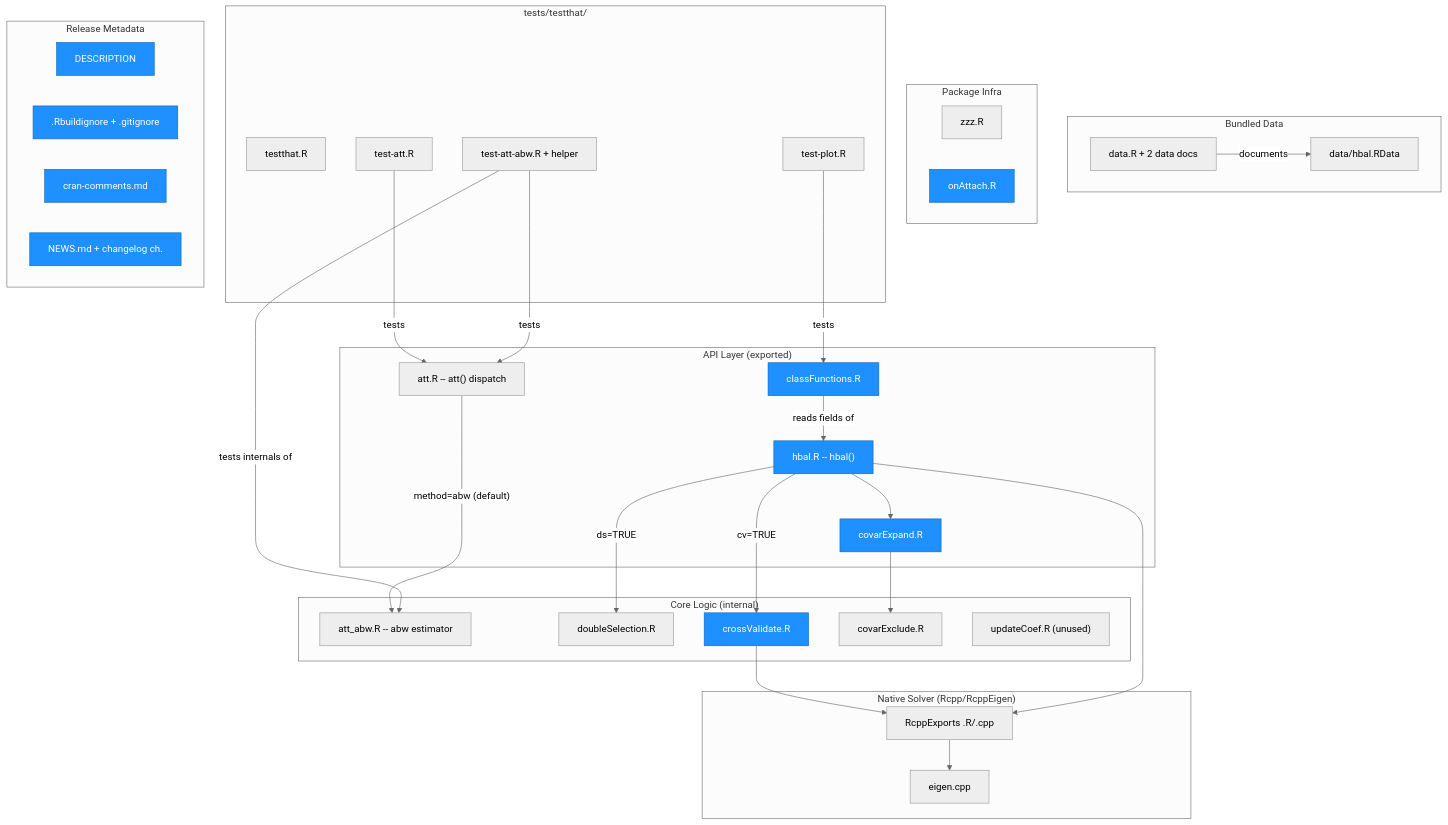
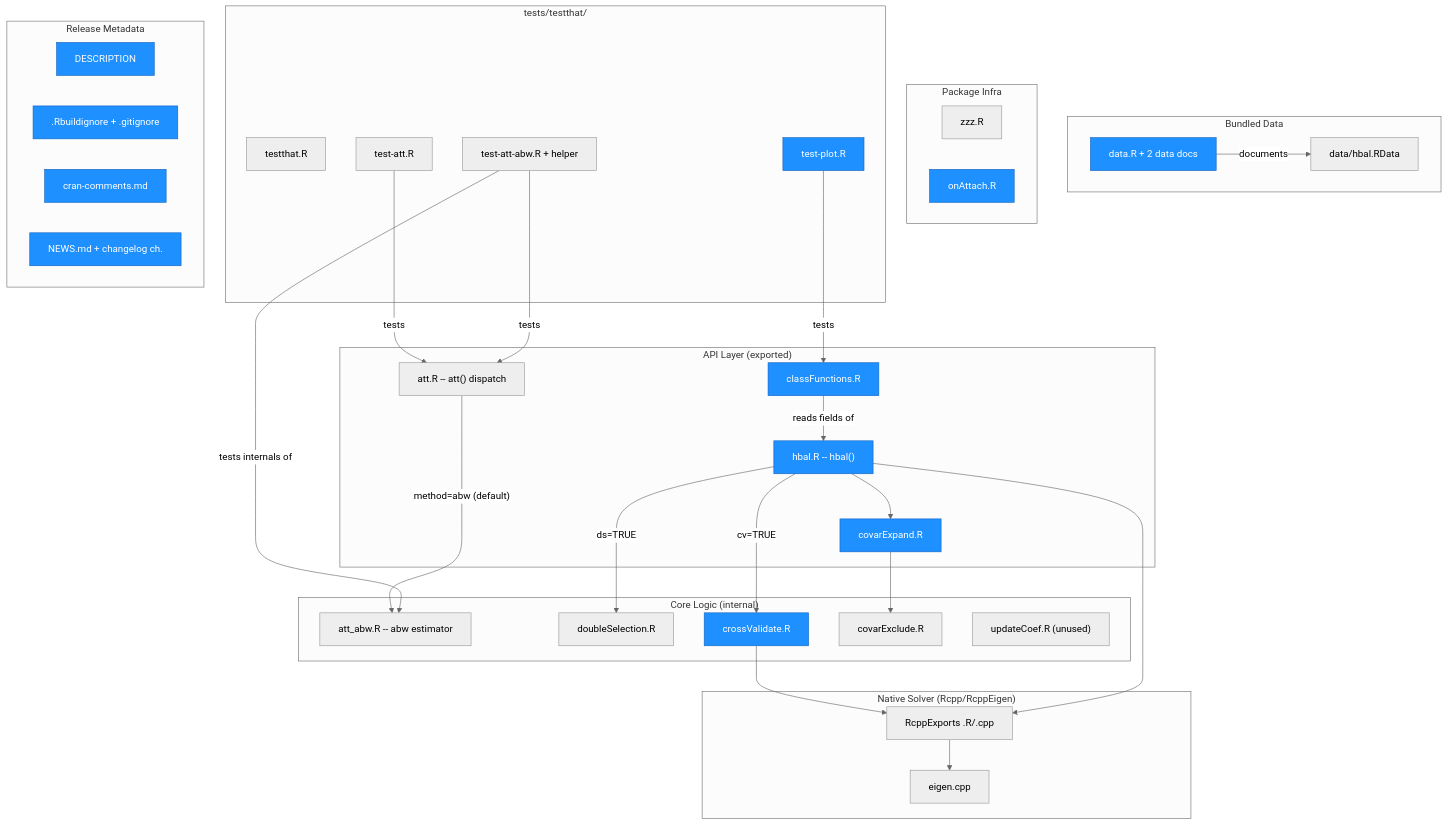
The first of 3 diagrams in ARCHITECTURE.md (xuyiqing/hbal), drawn with Mermaid before and after one commit. The commit also changed other lines of this file, not shown here.

````diff
--- a/ARCHITECTURE.md
+++ b/ARCHITECTURE.md
@@ -15,72 +15,74 @@
 ```mermaid
 %%{init: {'theme': 'neutral'}}%%
 graph TD
     subgraph API["API Layer (exported)"]
         A1["hbal.R -- hbal()"]
         A2["att.R -- att() dispatch"]
         A3["covarExpand.R"]
         A4["classFunctions.R"]
     end
 
     subgraph Core["Core Logic (internal)"]
         C0["att_abw.R -- abw estimator"]
         C1["doubleSelection.R"]
         C2["crossValidate.R"]
         C3["covarExclude.R"]
         C4["updateCoef.R (unused)"]
     end
 
     subgraph Native["Native Solver (Rcpp/RcppEigen)"]
         N1["RcppExports .R/.cpp"]
         N2["eigen.cpp"]
     end
 
     subgraph Data["Bundled Data"]
         D1["data.R + 2 data docs"]
         D2["data/hbal.RData"]
     end
 
     subgraph Infra["Package Infra"]
         U1["zzz.R"]
         U2["onAttach.R"]
     end
 
     subgraph Tests["tests/testthat/"]
         T1["testthat.R"]
         T2["test-att.R"]
         T3["test-att-abw.R + helper"]
         T4["test-plot.R"]
     end
 
     subgraph Release["Release Metadata"]
         R1["DESCRIPTION"]
         R2[".Rbuildignore + .gitignore"]
         R3["cran-comments.md"]
         R4["NEWS.md + changelog ch."]
     end
 
     A1 --> A3
     A3 --> C3
     A1 -->|"ds=TRUE"| C1
     A1 -->|"cv=TRUE"| C2
     C2 --> N1
     A1 --> N1
     N1 --> N2
     A2 -->|"method=abw (default)"| C0
     A4 -->|"reads fields of"| A1
     D1 -->|"documents"| D2
     T2 -->|"tests"| A2
     T3 -->|"tests"| A2
     T3 -->|"tests internals of"| C0
     T4 -->|"tests"| A4
 
     style A1 fill:#1e90ff,stroke:#1565c0,color:#fff
     style A3 fill:#1e90ff,stroke:#1565c0,color:#fff
     style A4 fill:#1e90ff,stroke:#1565c0,color:#fff
     style C2 fill:#1e90ff,stroke:#1565c0,color:#fff
     style U2 fill:#1e90ff,stroke:#1565c0,color:#fff
+    style D1 fill:#1e90ff,stroke:#1565c0,color:#fff
+    style T4 fill:#1e90ff,stroke:#1565c0,color:#fff
     style R1 fill:#1e90ff,stroke:#1565c0,color:#fff
     style R2 fill:#1e90ff,stroke:#1565c0,color:#fff
     style R3 fill:#1e90ff,stroke:#1565c0,color:#fff
     style R4 fill:#1e90ff,stroke:#1565c0,color:#fff
 ```
````
